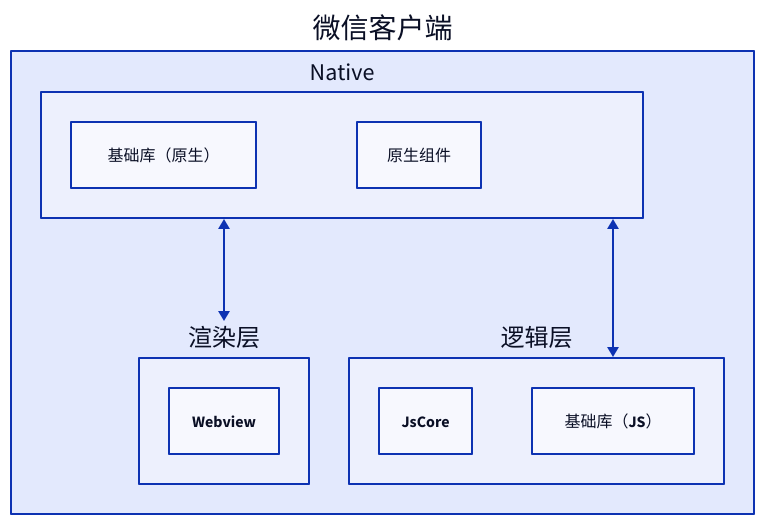
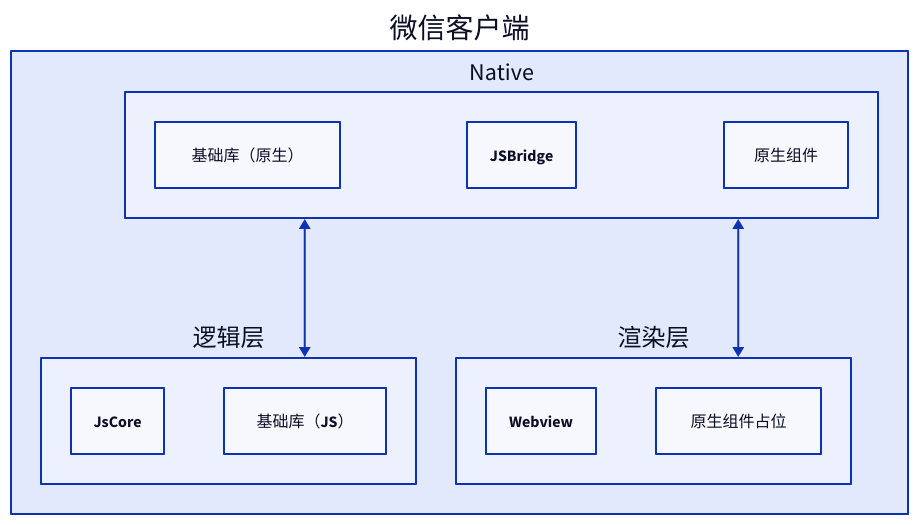
One commit to youngluo/thinking changed the first of 10 diagrams in apps/docs/experiences/微信小程序/原理与实践.md. Above: the diagram before and after it, drawn with D2. The commit also changed other lines of this file and 2 other files, not shown here.

Commit message:
docs: refine architecture documentation

````diff
--- a/apps/docs/experiences/微信小程序/原理与实践.md
+++ b/apps/docs/experiences/微信小程序/原理与实践.md
@@ -13,30 +15,32 @@
-```d2 maxHeight=360
+```d2 maxHeight=300
 direction: down
 
 wechat: 微信客户端 {
   class: group
 
   native: Native {
     class: group
 
     base_native: 基础库（原生）
+    jsbridge: JSBridge
     native_component: 原生组件
-  }
-
-  view: 渲染层 {
-    class: group
-
-    webview: Webview
   }
 
   logic: 逻辑层 {
     class: group
 
     jscore: JsCore
     base_js: 基础库（JS）
   }
 
+  view: 渲染层 {
+    class: group
+
+    webview: Webview
+    native_placeholder: 原生组件占位
+  }
+
   native <-> view
   native <-> logic
 }
 ```
````
